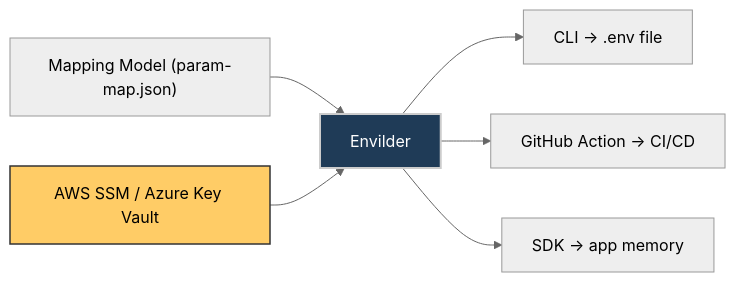
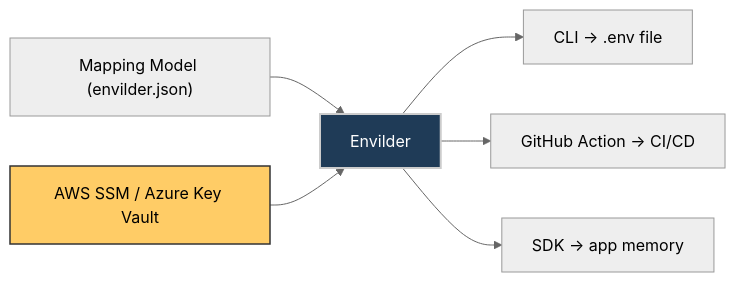
The diagram in README.md (macalbert/envilder), drawn with Mermaid (neutral theme) before and after one commit. The commit also changed other lines of this file and 86 other files, not shown here.

Commit message:
refactor: adopt envilder.json naming convention (#225)

````diff
--- a/README.md
+++ b/README.md
@@ -351,11 +351,11 @@
 ```mermaid
 graph LR
-    A["Mapping Model (param-map.json)"] --> B[Envilder]:::core
+    A["Mapping Model (envilder.json)"] --> B[Envilder]:::core
     B --> C["CLI → .env file"]
     B --> D["GitHub Action → CI/CD"]
     B --> E["SDK → app memory"]
     F["AWS SSM / Azure Key Vault"]:::cloud --> B
 
     classDef cloud fill:#ffcc66,color:#000000,stroke:#333,stroke-width:1.5px;
     classDef core fill:#1f3b57,color:#fff,stroke:#ccc,stroke-width:2px;
 ```
````
